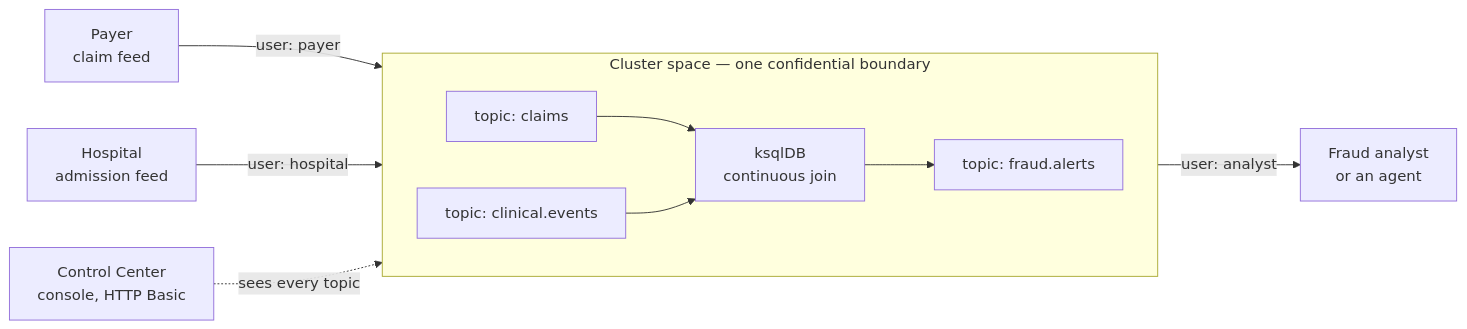
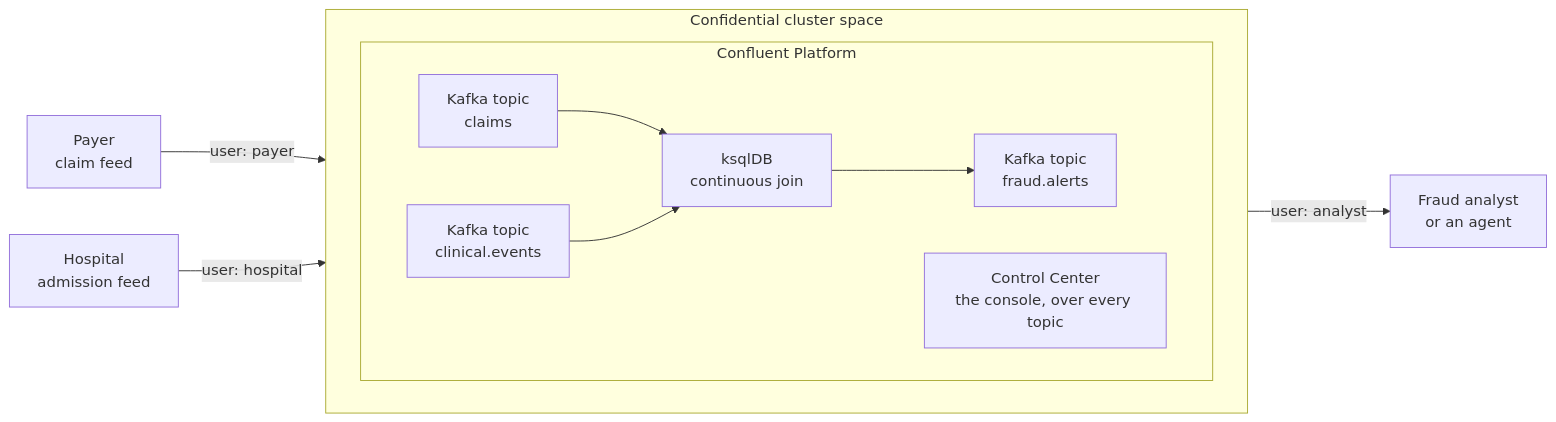
One commit to Super-Protocol/swarm-marketplace-catalog changed the first of 5 diagrams in charts/claims-fraud-feed/README.md. Above: the diagram before and after it, drawn with Mermaid. The commit also changed other lines of this file, not shown here.

Commit message:
Name Confluent on the diagram people are sent to
The topology diagram showed topics, a join and a console without ever saying whose they were, so a
reader arriving at this README could not tell that the thing being deployed is stock Confluent
Platform — which is the whole point of the demonstration, since nothing about it is modified.

The pipeline now sits inside a Confluent Platform box, and the topics are named as Kafka topics.
Control Center moves inside that box, where it belongs, and loses the edge that pointed at one topic
while claiming to see them all.

The subgraph titles are short because a nested label truncates the one above it — the outer box read
"Cluster space — one" with its second line eaten. Checked by rendering, as with every other diagram
here.

Claude-Session: https://claude.ai/code/session_015TMhqRzjBYesSVbag2DJHk

````diff
--- a/charts/claims-fraud-feed/README.md
+++ b/charts/claims-fraud-feed/README.md
@@ -36,21 +36,24 @@
 ```mermaid
 flowchart LR
   PF["Payer<br/>claim feed"]
   HF["Hospital<br/>admission feed"]
 
-  subgraph space["Cluster space — one confidential boundary"]
+  subgraph space["Confidential cluster space"]
     direction LR
-    CT["topic: claims"]
-    ET["topic: clinical.events"]
-    KSQL["ksqlDB<br/>continuous join"]
-    AT["topic: fraud.alerts"]
-    CT --> KSQL
-    ET --> KSQL
-    KSQL --> AT
+    subgraph cp["Confluent Platform"]
+      direction LR
+      CT["Kafka topic<br/>claims"]
+      ET["Kafka topic<br/>clinical.events"]
+      KSQL["ksqlDB<br/>continuous join"]
+      AT["Kafka topic<br/>fraud.alerts"]
+      C3["Control Center<br/>the console, over every topic"]
+      CT --> KSQL
+      ET --> KSQL
+      KSQL --> AT
+    end
   end
 
   PF -->|"user: payer"| CT
   HF -->|"user: hospital"| ET
   AT -->|"user: analyst"| AN["Fraud analyst<br/>or an agent"]
-  C3["Control Center<br/>console, HTTP Basic"] -.->|"sees every topic"| space
 ```
````
